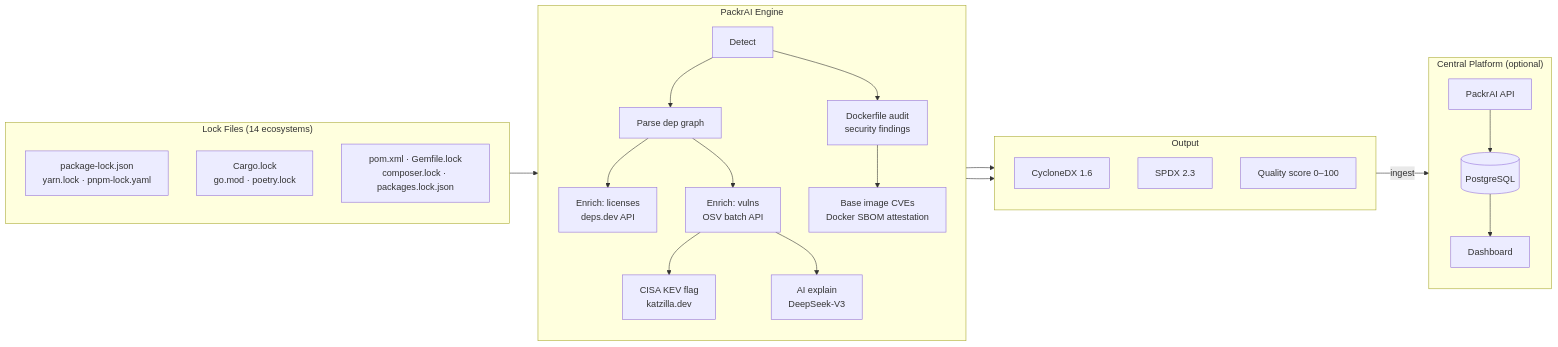
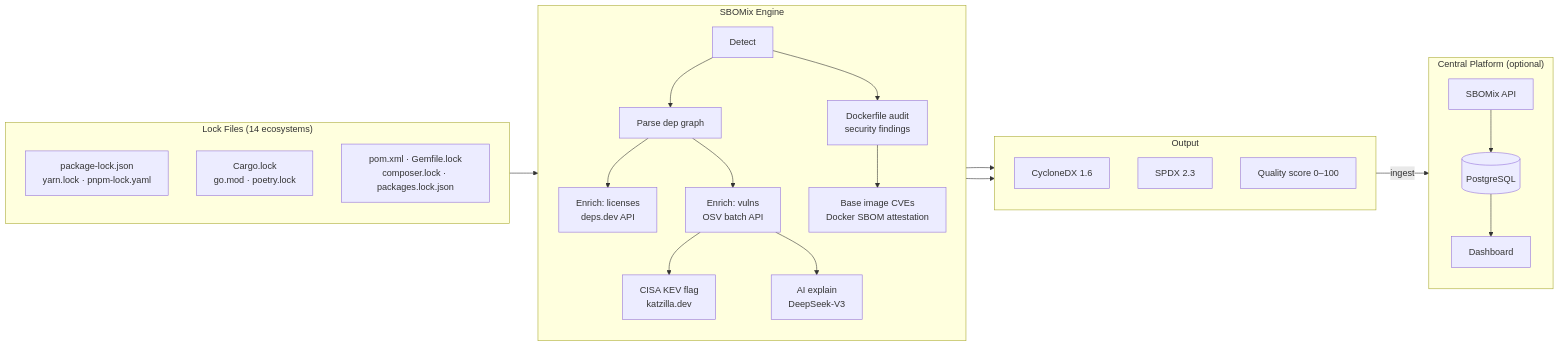
One commit to RunTimeAdmin/sbomix changed the first of 2 diagrams in README.md. Above: the diagram before and after it, drawn with Mermaid. The commit also changed other lines of this file, not shown here.

First line of the commit message:
docs: rebrand README — PackrAI → SBOMix

````diff
--- a/README.md
+++ b/README.md
@@ -67,39 +67,39 @@
 ```mermaid
 flowchart LR
     subgraph sources["Lock Files (14 ecosystems)"]
         direction TB
         A["package-lock.json\nyarn.lock · pnpm-lock.yaml"]
         B["Cargo.lock\ngo.mod · poetry.lock"]
         C["pom.xml · Gemfile.lock\ncomposer.lock · packages.lock.json"]
     end
 
-    subgraph engine["PackrAI Engine"]
+    subgraph engine["SBOMix Engine"]
         direction TB
         D[Detect] --> E[Parse dep graph]
         D --> DF[Dockerfile audit\nsecurity findings]
         E --> F[Enrich: licenses\ndeps.dev API]
         E --> G[Enrich: vulns\nOSV batch API]
         DF --> BV[Base image CVEs\nDocker SBOM attestation]
         G --> N[CISA KEV flag\nkatzilla.dev]
         G --> O[AI explain\nDeepSeek-V3]
     end
 
     subgraph output["Output"]
         direction TB
         H[CycloneDX 1.6]
         I[SPDX 2.3]
         J[Quality score 0–100]
     end
 
     subgraph platform["Central Platform (optional)"]
-        K[PackrAI API]
+        K[SBOMix API]
         L[(PostgreSQL)]
         M[Dashboard]
         K --> L --> M
     end
 
     sources --> engine
     F --> output
     G --> output
     output -->|ingest| platform
 ```
````
